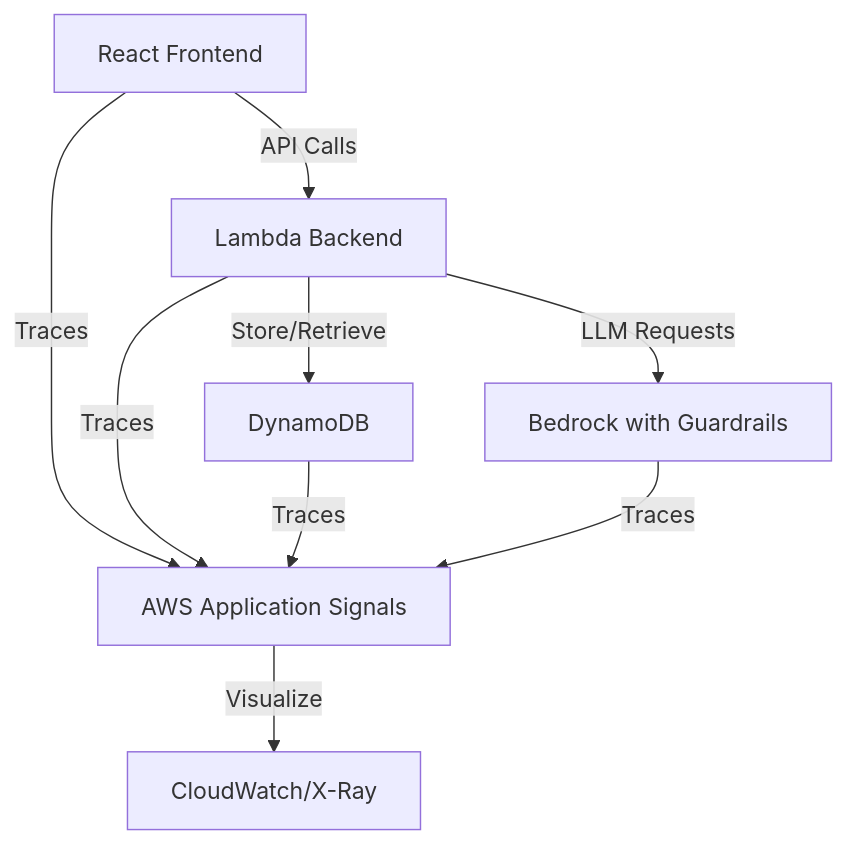
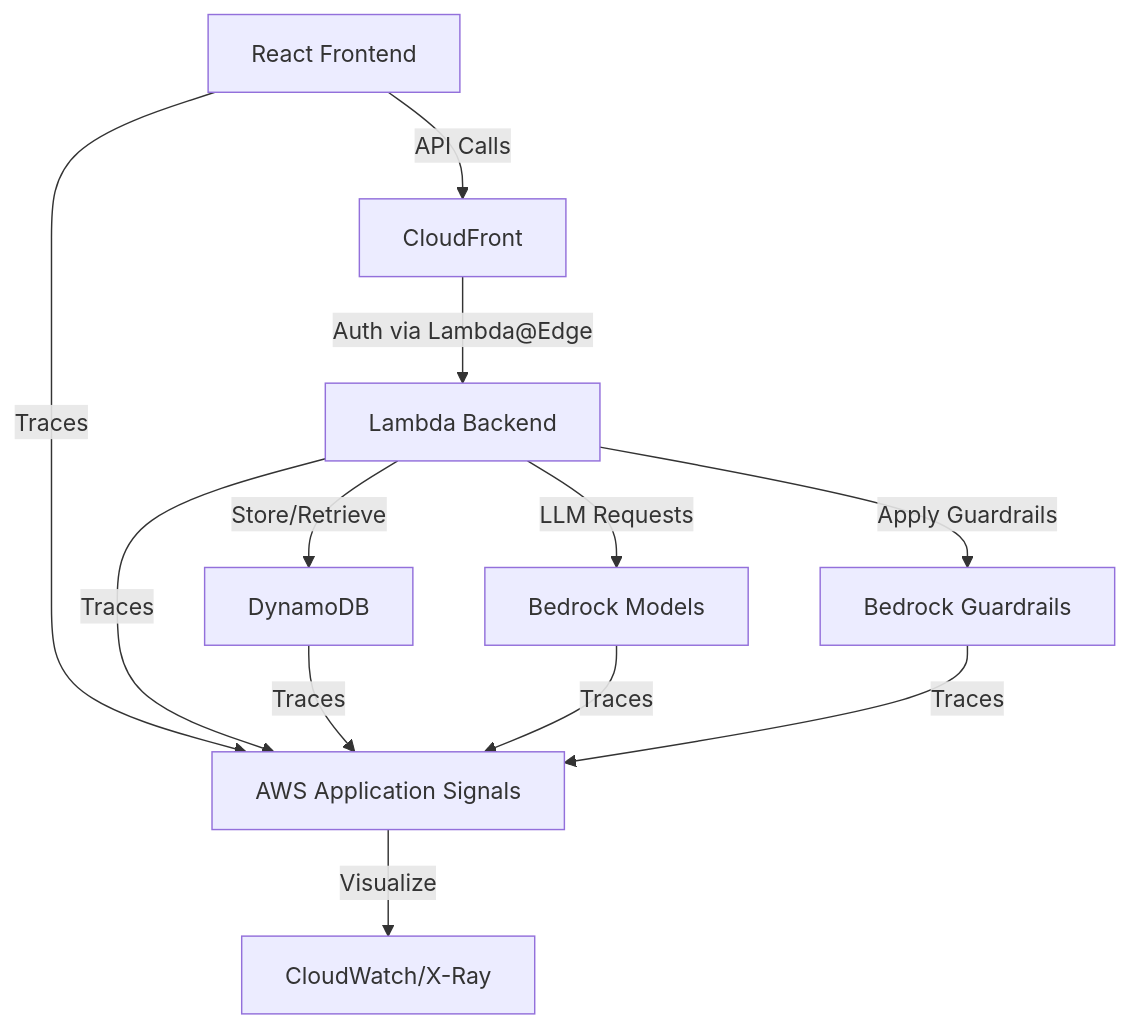
The first of 2 diagrams in README.md (icoxfog417/sample-llm-observability), drawn with Mermaid before and after one commit. The commit also changed other lines of this file and 4 other files, not shown here.

````diff
--- a/README.md
+++ b/README.md
@@ -27,8 +26,10 @@
 ```mermaid
 graph TD
-    A[React Frontend] -->|API Calls| B[Lambda Backend]
+    A[React Frontend] -->|API Calls| G[CloudFront]
+    G -->|Auth via Lambda@Edge| B[Lambda Backend]
     B -->|Store/Retrieve| C[DynamoDB]
-    B -->|LLM Requests| D[Bedrock with Guardrails]
-    A & B & C & D -->|Traces| E[AWS Application Signals]
-    E -->|Visualize| F[CloudWatch/X-Ray]
+    B -->|Apply Guardrails| E[Bedrock Guardrails]
+    B -->|LLM Requests| D[Bedrock Models]
+    A & B & C & D & E -->|Traces| F[AWS Application Signals]
+    F -->|Visualize| H[CloudWatch/X-Ray]
 ```
````
